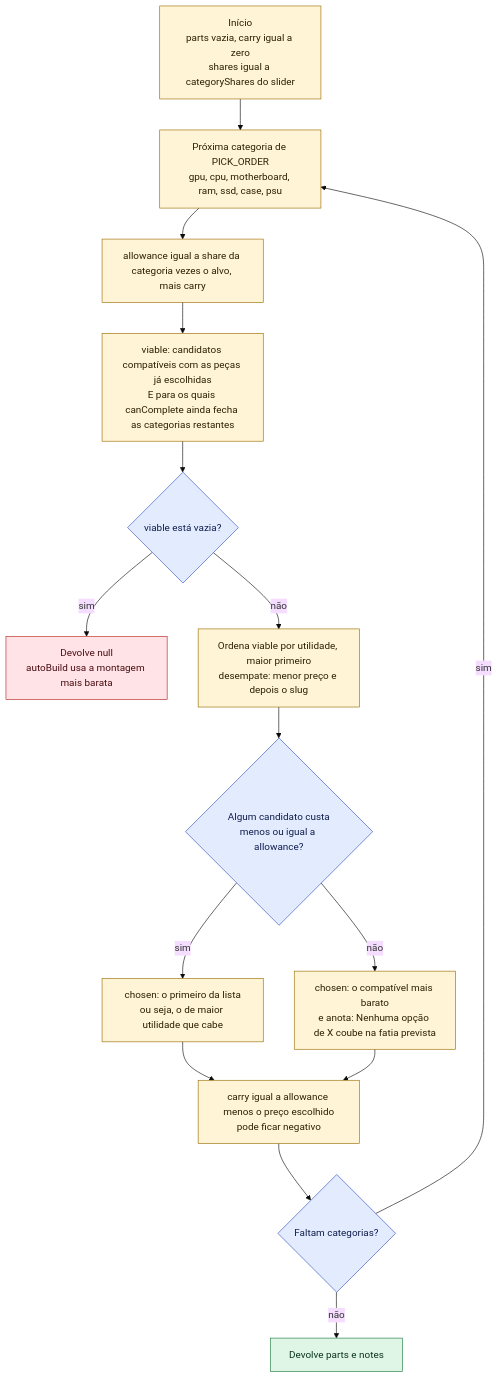
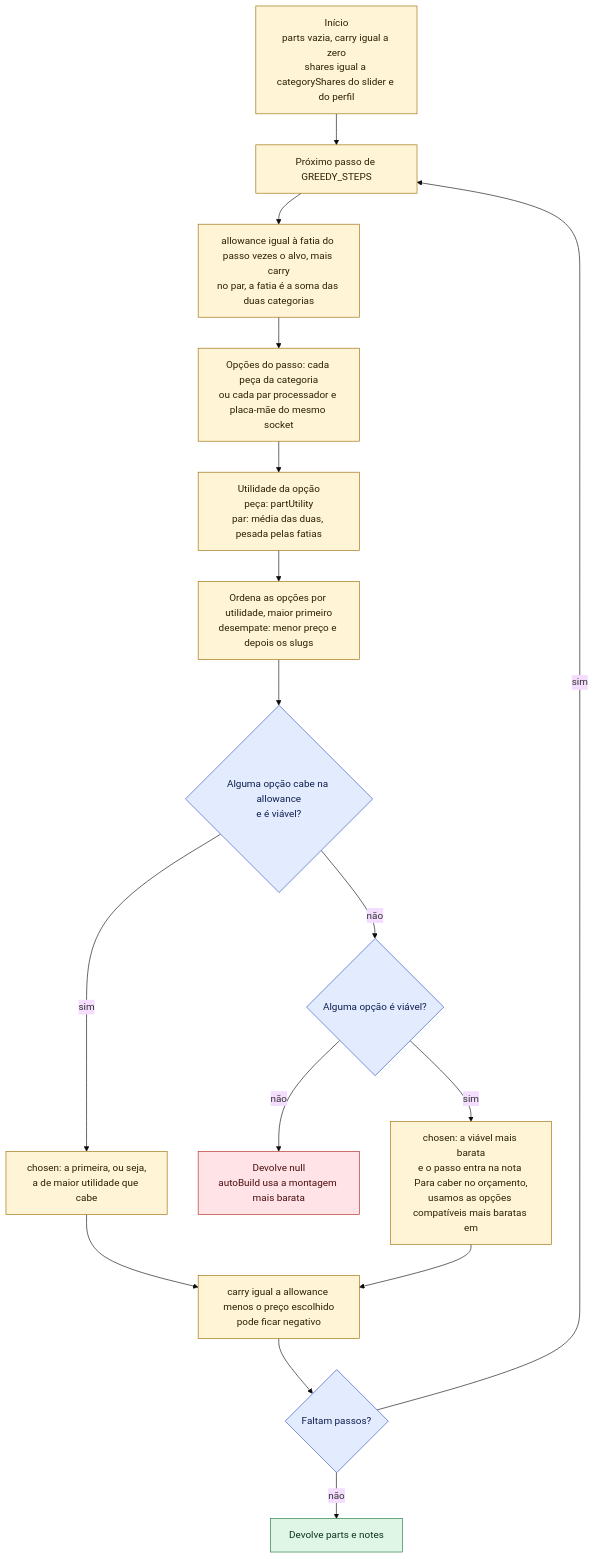
The fourth of 7 diagrams in docs/diagramas/fluxo-montador.md (FEJAPA/Garimpo-PC), drawn with Mermaid (base theme) before and after one commit. The commit also changed other lines of this file and 26 other files, not shown here.

````diff
--- a/docs/diagramas/fluxo-montador.md
+++ b/docs/diagramas/fluxo-montador.md
@@ -110,23 +183,24 @@
 ```mermaid
 flowchart TD
     classDef passo fill:#fff4d6,stroke:#9a6b00,color:#2b2200
     classDef decisao fill:#e3ecff,stroke:#2f4fbf,color:#0f1d4d
     classDef falha fill:#ffe3e6,stroke:#b3261e,color:#4a0d12
     classDef ok fill:#dff5e6,stroke:#1b7a3f,color:#0b3320
 
-    G0["Início<br/>parts vazia, carry igual a zero<br/>shares igual a categoryShares do slider"]:::passo
-    G0 --> G1["Próxima categoria de PICK_ORDER<br/>gpu, cpu, motherboard, ram, ssd, case, psu"]:::passo
-    G1 --> G2["allowance igual a share da categoria vezes o alvo, mais carry"]:::passo
-    G2 --> G3["viable: candidatos compatíveis com as peças já escolhidas<br/>E para os quais canComplete ainda fecha as categorias restantes"]:::passo
-    G3 --> G4{"viable está vazia?"}:::decisao
-    G4 -->|"sim"| G5["Devolve null<br/>autoBuild usa a montagem mais barata"]:::falha
-    G4 -->|"não"| G6["Ordena viable por utilidade, maior primeiro<br/>desempate: menor preço e depois o slug"]:::passo
-    G6 --> G7{"Algum candidato custa<br/>menos ou igual a allowance?"}:::decisao
-    G7 -->|"sim"| G8["chosen: o primeiro da lista<br/>ou seja, o de maior utilidade que cabe"]:::passo
-    G7 -->|"não"| G9["chosen: o compatível mais barato<br/>e anota: Nenhuma opção de X coube na fatia prevista"]:::passo
-    G8 --> G10["carry igual a allowance menos o preço escolhido<br/>pode ficar negativo"]:::passo
-    G9 --> G10
-    G10 --> G11{"Faltam categorias?"}:::decisao
-    G11 -->|"sim"| G1
-    G11 -->|"não"| G12["Devolve parts e notes"]:::ok
+    G0["Início<br/>parts vazia, carry igual a zero<br/>shares igual a categoryShares do slider e do perfil"]:::passo
+    G0 --> G1["Próximo passo de GREEDY_STEPS"]:::passo
+    G1 --> G2["allowance igual à fatia do passo vezes o alvo, mais carry<br/>no par, a fatia é a soma das duas categorias"]:::passo
+    G2 --> G3["Opções do passo: cada peça da categoria<br/>ou cada par processador e placa-mãe do mesmo socket"]:::passo
+    G3 --> G4["Utilidade da opção<br/>peça: partUtility<br/>par: média das duas, pesada pelas fatias"]:::passo
+    G4 --> G5["Ordena as opções por utilidade, maior primeiro<br/>desempate: menor preço e depois os slugs"]:::passo
+    G5 --> G6{"Alguma opção cabe na allowance<br/>e é viável?"}:::decisao
+    G6 -->|"sim"| G7["chosen: a primeira, ou seja,<br/>a de maior utilidade que cabe"]:::passo
+    G6 -->|"não"| G8{"Alguma opção é viável?"}:::decisao
+    G8 -->|"não"| G9["Devolve null<br/>autoBuild usa a montagem mais barata"]:::falha
+    G8 -->|"sim"| G10["chosen: a viável mais barata<br/>e o passo entra na nota Para caber no orçamento,<br/>usamos as opções compatíveis mais baratas em"]:::passo
+    G7 --> G11["carry igual a allowance menos o preço escolhido<br/>pode ficar negativo"]:::passo
+    G10 --> G11
+    G11 --> G12{"Faltam passos?"}:::decisao
+    G12 -->|"sim"| G1
+    G12 -->|"não"| G13["Devolve parts e notes"]:::ok
 ```
````
